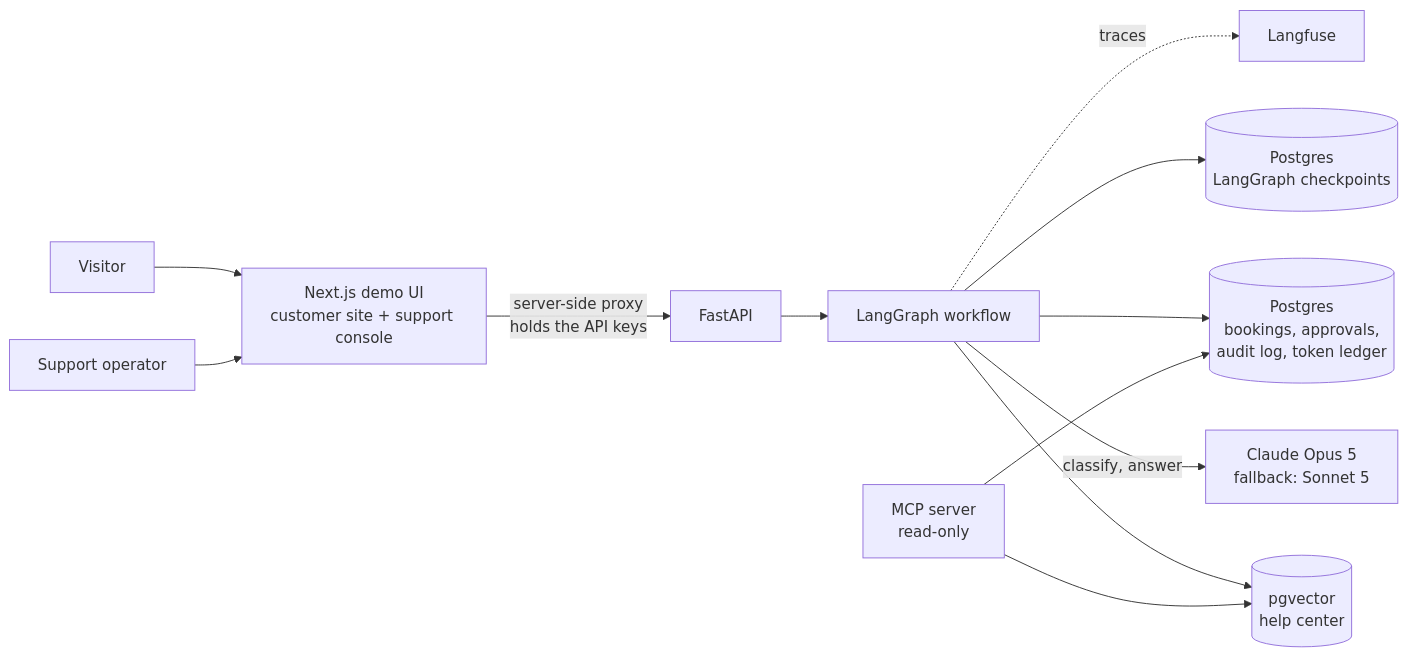
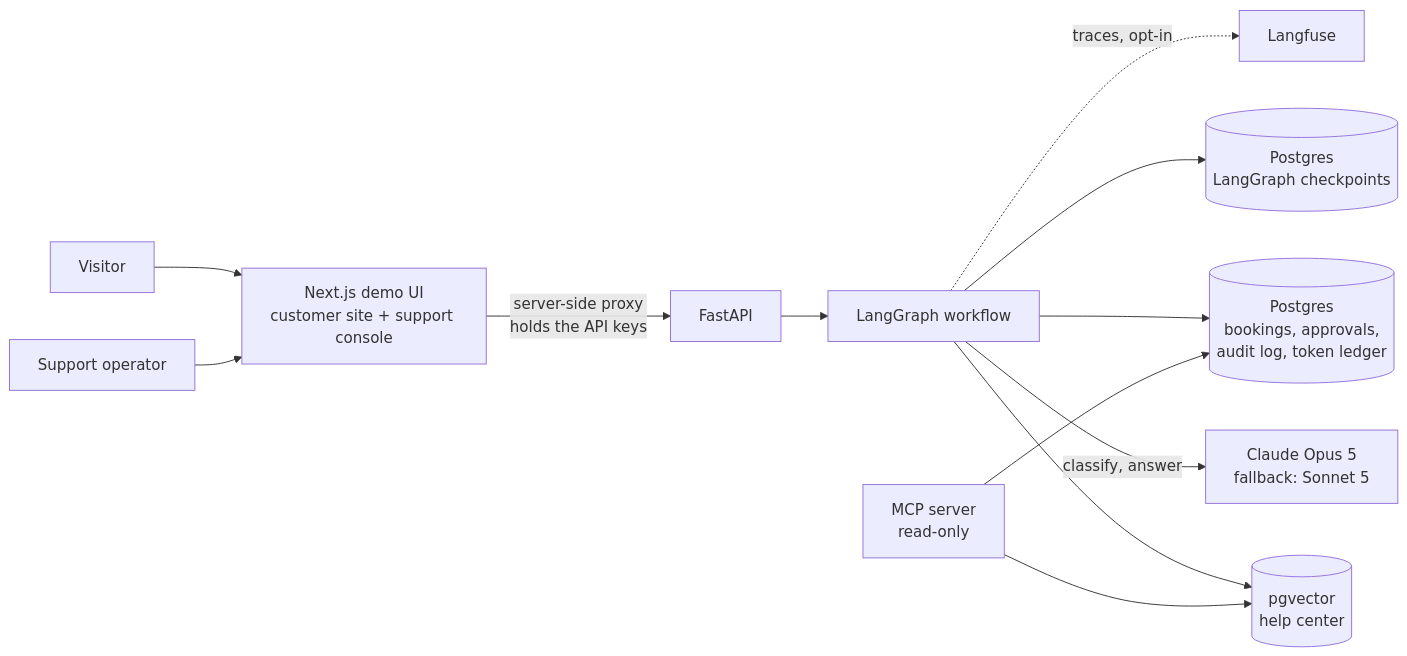
The first of 2 diagrams in README.md (nikhilcrypto0/concierge), drawn with Mermaid before and after one commit. The commit also changed other lines of this file and 1 other file, not shown here.

First line of the commit message:
chore: MIT license, README badges, and an honest Langfuse label

````diff
--- a/README.md
+++ b/README.md
@@ -43,14 +49,14 @@
 ```mermaid
 flowchart LR
     V[Visitor] --> WEB[Next.js demo UI<br/>customer site + support console]
     WEB -->|server-side proxy<br/>holds the API keys| API[FastAPI]
     O[Support operator] --> WEB
     API --> G[LangGraph workflow]
     G -->|classify, answer| Claude[Claude Opus 5<br/>fallback: Sonnet 5]
     G --> KB[(pgvector<br/>help center)]
     G --> DB[(Postgres<br/>bookings, approvals,<br/>audit log, token ledger)]
     G --> CP[(Postgres<br/>LangGraph checkpoints)]
-    G -.traces.-> LF[Langfuse]
+    G -.traces, opt-in.-> LF[Langfuse]
     MCP[MCP server<br/>read-only] --> KB
     MCP --> DB
 ```
````
